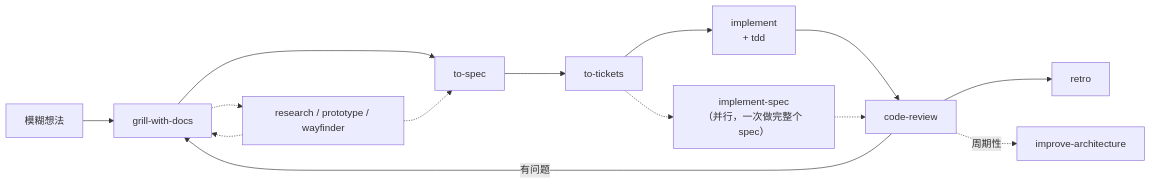
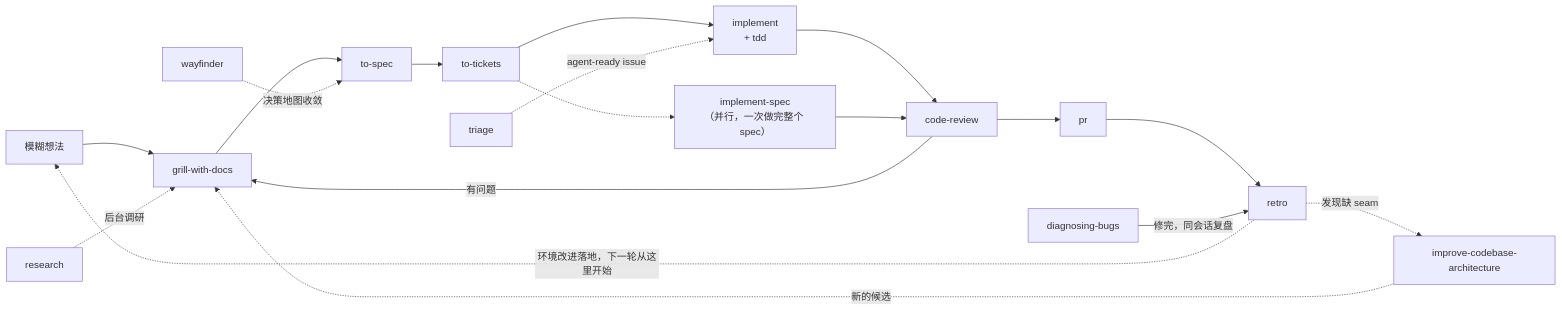
Before and after one commit to yuezi2048/skills: the diagram in README.md, drawn with Mermaid. The commit also changed other lines of this file, not shown here.

Commit message:
docs: rebuild the Chinese README around the retro loop and the v1.3.2 details

````diff
--- a/README.md
+++ b/README.md
@@ -32,19 +47,21 @@
 ```mermaid
 flowchart LR
     idea[模糊想法] --> grill[grill-with-docs]
     grill --> spec[to-spec]
     spec --> tickets[to-tickets]
-    tickets --> implement[implement<br/>+ tdd]
+    tickets --> implement["implement<br/>+ tdd"]
+    tickets -.-> implspec["implement-spec<br/>（并行，一次做完整个 spec）"]
     implement --> review[code-review]
-    review --> retro[retro]
+    implspec --> review
+    review -->|有问题| grill
+    review --> pr[pr]
+    pr --> retro[retro]
+    retro -.->|环境改进落地，下一轮从这里开始| idea
 
-    tickets -.-> implspec["implement-spec<br/>（并行，一次做完整个 spec）"]
-    implspec -.-> review
-
-    grill -.-> explore[research / prototype / wayfinder]
-    explore -.-> grill
-    explore -.-> spec
-
-    review -->|有问题| grill
-    review -.->|周期性| arch[improve-architecture]
+    triage[triage] -.->|agent-ready issue| implement
+    diagnosing[diagnosing-bugs] -->|修完，同会话复盘| retro
+    wayfinder[wayfinder] -.->|决策地图收敛| spec
+    research[research] -.->|后台调研| grill
+    arch[improve-codebase-architecture] -.->|新的候选| grill
+    retro -.->|发现缺 seam| arch
 ```
````
